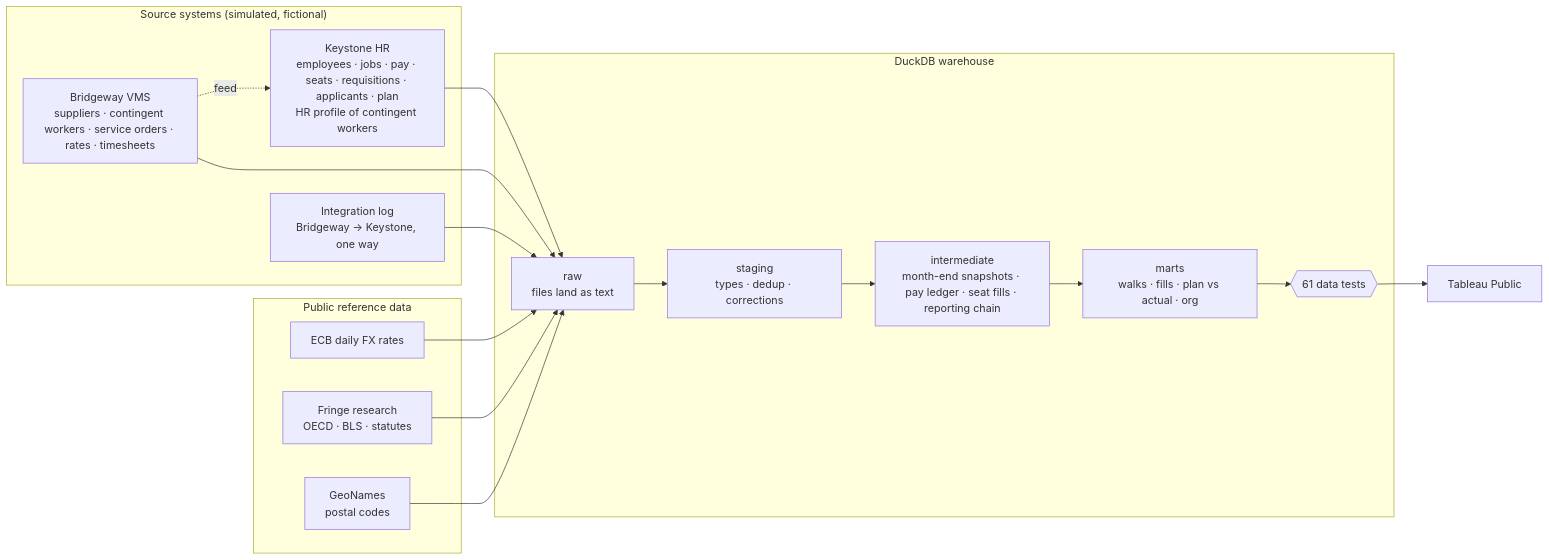
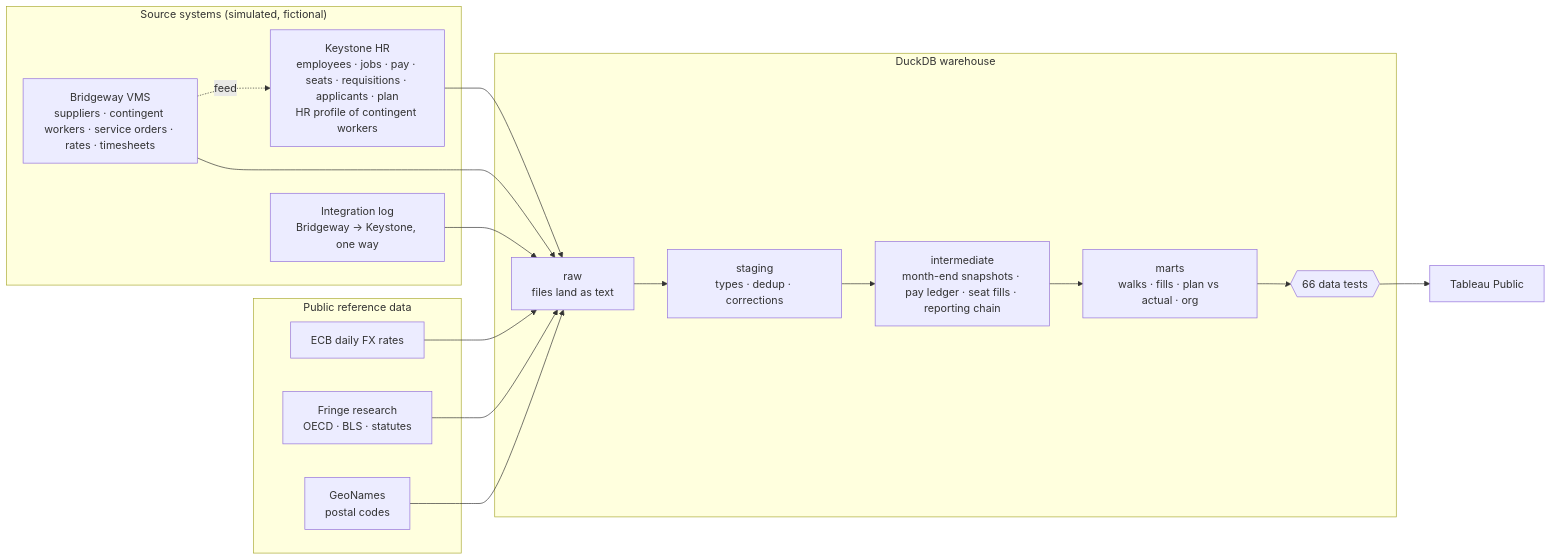
Before and after one commit to thialp/people-analytics-warehouse: the first of 2 diagrams in README.md, drawn with Mermaid. The commit also changed other lines of this file and 25 other files, not shown here.

````diff
--- a/README.md
+++ b/README.md
@@ -38,29 +38,29 @@
 ```mermaid
 flowchart LR
     subgraph Sources["Source systems (simulated, fictional)"]
         HR["Keystone HR<br/>employees · jobs · pay · seats · requisitions · applicants · plan<br/>HR profile of contingent workers"]
         VMS["Bridgeway VMS<br/>suppliers · contingent workers · service orders · rates · timesheets"]
         FEED["Integration log<br/>Bridgeway → Keystone, one way"]
     end
     subgraph Public["Public reference data"]
         ECB["ECB daily FX rates"]
         FRG["Fringe research<br/>OECD · BLS · statutes"]
         GEO["GeoNames<br/>postal codes"]
     end
     subgraph WH["DuckDB warehouse"]
         RAW["raw<br/>files land as text"]
         STG["staging<br/>types · dedup · corrections"]
         INT["intermediate<br/>month-end snapshots · pay ledger · seat fills · reporting chain"]
         MART["marts<br/>walks · fills · plan vs actual · org"]
-        TEST{{"61 data tests"}}
+        TEST{{"66 data tests"}}
     end
     TAB["Tableau Public"]
     VMS -. feed .-> HR
     HR --> RAW
     VMS --> RAW
     FEED --> RAW
     ECB --> RAW
     FRG --> RAW
     GEO --> RAW
     RAW --> STG --> INT --> MART --> TEST --> TAB
 ```
````
